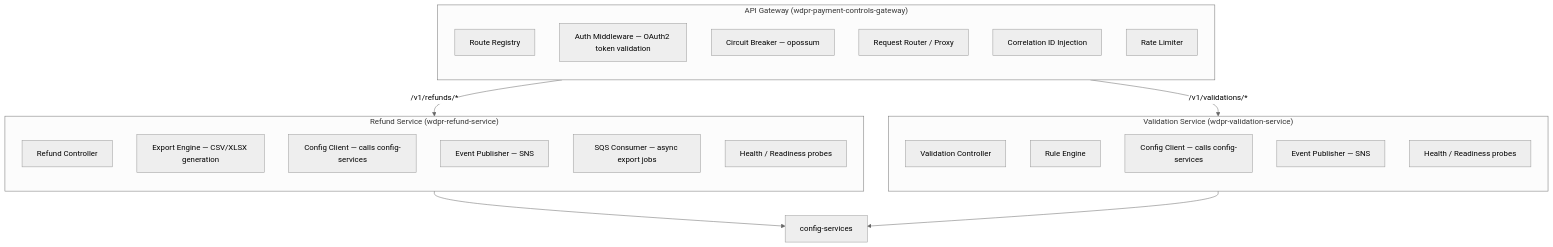
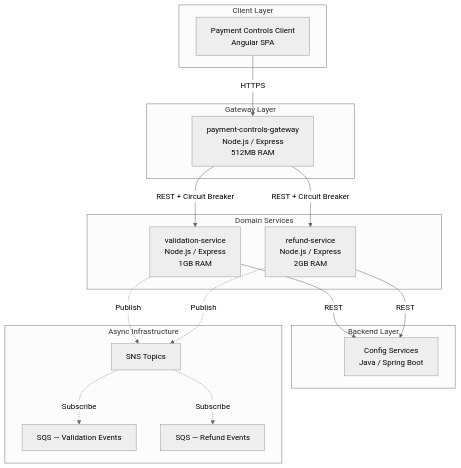
The second of 7 diagrams in tests/orchestration/architecture_spec_agent.md (rsanchez-disney/steer-runtime), drawn with Mermaid (neutral theme) before and after one commit. The commit also changed other lines of this file and 1 other file, not shown here.

````diff
--- a/tests/orchestration/architecture_spec_agent.md
+++ b/tests/orchestration/architecture_spec_agent.md
@@ -83,36 +60,35 @@
 ```mermaid
 graph TB
-    subgraph "API Gateway (wdpr-payment-controls-gateway)"
-        direction TB
-        A1[Route Registry]
-        A2[Auth Middleware — OAuth2 token validation]
-        A3[Circuit Breaker — opossum]
-        A4[Request Router / Proxy]
-        A5[Correlation ID Injection]
-        A6[Rate Limiter]
+    subgraph "Client Layer"
+        UI[Payment Controls Client<br/>Angular SPA]
     end
 
-    subgraph "Validation Service (wdpr-validation-service)"
-        direction TB
-        V1[Validation Controller]
-        V2[Rule Engine]
-        V3[Config Client — calls config-services]
-        V4[Event Publisher — SNS]
-        V5[Health / Readiness probes]
+    subgraph "Gateway Layer"
+        GW[payment-controls-gateway<br/>Node.js / Express<br/>512MB RAM]
     end
 
-    subgraph "Refund Service (wdpr-refund-service)"
-        direction TB
-        R1[Refund Controller]
-        R2[Export Engine — CSV/XLSX generation]
-        R3[Config Client — calls config-services]
-        R4[Event Publisher — SNS]
-        R5[SQS Consumer — async export jobs]
-        R6[Health / Readiness probes]
+    subgraph "Domain Services"
+        VS[validation-service<br/>Node.js / Express<br/>1GB RAM]
+        RS[refund-service<br/>Node.js / Express<br/>2GB RAM]
     end
 
-    A4 -->|/v1/validations/*| V1
-    A4 -->|/v1/refunds/*| R1
-    V3 --> CS[config-services]
-    R3 --> CS
+    subgraph "Backend Layer"
+        CS[Config Services<br/>Java / Spring Boot]
+    end
+
+    subgraph "Async Infrastructure"
+        SNS[SNS Topics]
+        SQS_V[SQS — Validation Events]
+        SQS_R[SQS — Refund Events]
+    end
+
+    UI -->|HTTPS| GW
+    GW -->|REST + Circuit Breaker| VS
+    GW -->|REST + Circuit Breaker| RS
+    VS -->|REST| CS
+    RS -->|REST| CS
+    VS -.->|Publish| SNS
+    RS -.->|Publish| SNS
+    SNS -.->|Subscribe| SQS_V
+    SNS -.->|Subscribe| SQS_R
 ```
````
